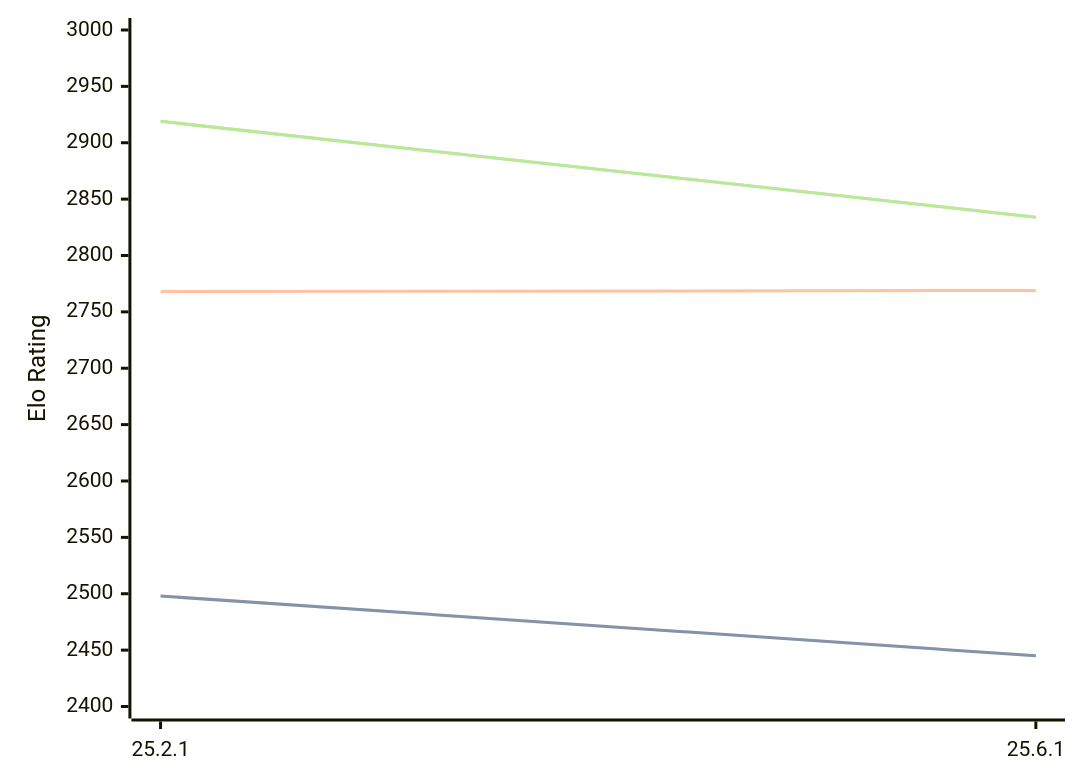
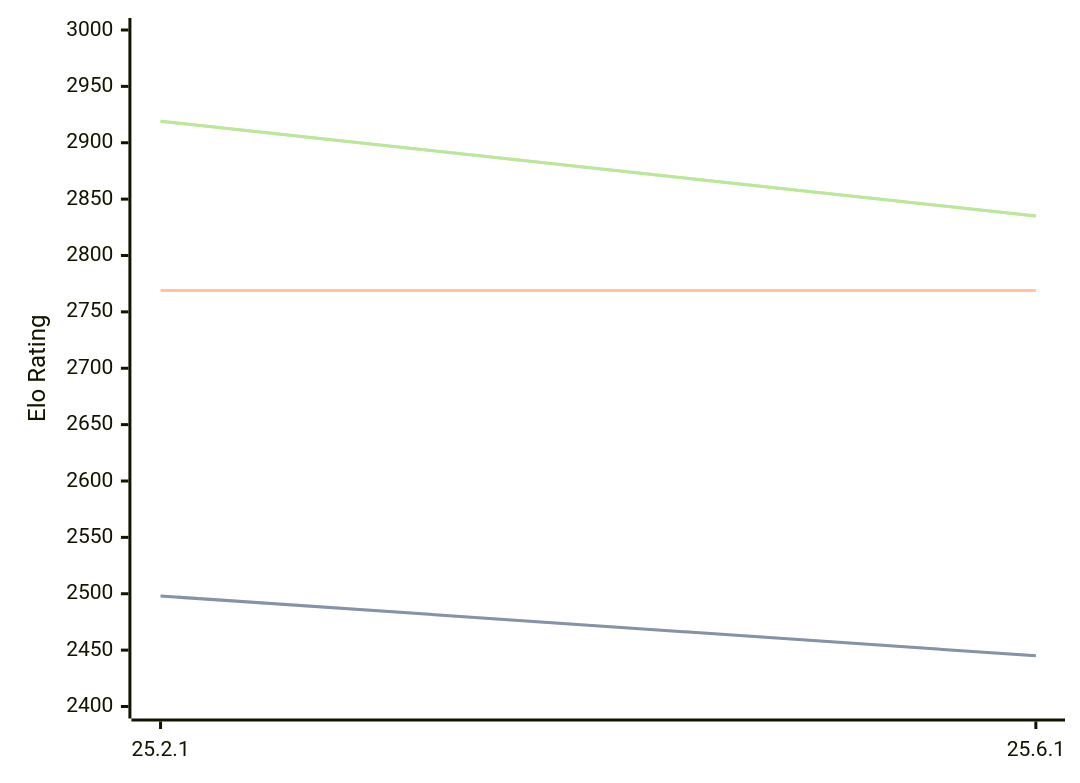
Before and after one commit to computer-chess-index/cci: the third of 3 diagrams in engines/Crafty.md, drawn with Mermaid. The commit also changed other lines of this file, not shown here.

Commit message:
Update CCI Ratings (ELO VLTC) - 2026-07-17

````diff
--- a/engines/Crafty.md
+++ b/engines/Crafty.md
@@ -65,11 +65,11 @@
 ```mermaid
 %%{init: {"theme":"base","themeVariables":{"seriesColors:['#a3a3a3','#222221','#faa371']}}}%%
 xychart-beta
   x-axis ["25.2.1", "25.6.1"]
   y-axis "Elo Rating" 2400 --> 3000
   line "STC (8.0+0.08s)" [2498, 2445]
   line "STC (8.0+0.08s)" [2498, 2445]
-  line "LTC (60.0+0.60s)" [2768, 2769]
-  line "VLTC (2m24s+1.12s)" [2919, 2834]
-  line "VLTC (2m24s+1.12s)" [2919, 2834]
+  line "LTC (60.0+0.60s)" [2769, 2769]
+  line "VLTC (2m24s+1.12s)" [2919, 2835]
+  line "VLTC (2m24s+1.12s)" [2919, 2835]
 ```
````
